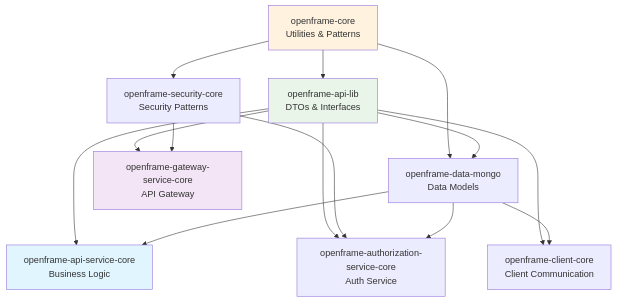
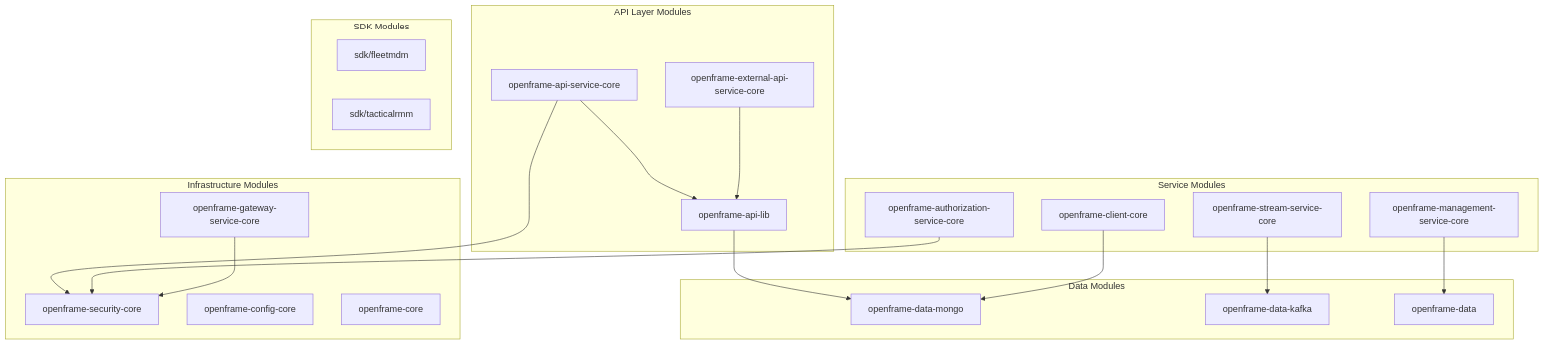
The second of 13 diagrams in docs/development/architecture/overview.md (flamingo-stack/openframe-oss-lib), drawn with Mermaid before and after one commit. The commit also changed other lines of this file and 130 other files, not shown here.

````diff
--- a/docs/development/architecture/overview.md
+++ b/docs/development/architecture/overview.md
@@ -173,35 +82,44 @@
 ```mermaid
-graph TD
-    Core["openframe-core<br/>Utilities & Patterns"]
+graph TB
+    subgraph "API Layer Modules"
+        API_LIB[openframe-api-lib]
+        API_SERVICE[openframe-api-service-core]
+        EXT_API[openframe-external-api-service-core]
+    end
     
-    ApiLib["openframe-api-lib<br/>DTOs & Interfaces"]
-    Security["openframe-security-core<br/>Security Patterns"]
-    DataMongo["openframe-data-mongo<br/>Data Models"]
+    subgraph "Service Modules"
+        AUTH_SERVICE[openframe-authorization-service-core]
+        CLIENT_SERVICE[openframe-client-core]
+        MGMT_SERVICE[openframe-management-service-core]
+        STREAM_SERVICE[openframe-stream-service-core]
+    end
     
-    ApiService["openframe-api-service-core<br/>Business Logic"]
-    Gateway["openframe-gateway-service-core<br/>API Gateway"]
-    AuthService["openframe-authorization-service-core<br/>Auth Service"]
-    ClientService["openframe-client-core<br/>Client Communication"]
+    subgraph "Data Modules"
+        DATA_MONGO[openframe-data-mongo]
+        DATA_KAFKA[openframe-data-kafka]
+        DATA_CORE[openframe-data]
+    end
     
-    Core --> ApiLib
-    Core --> Security
-    Core --> DataMongo
+    subgraph "Infrastructure Modules"
+        SECURITY[openframe-security-core]
+        GATEWAY[openframe-gateway-service-core]
+        CONFIG[openframe-config-core]
+        CORE[openframe-core]
+    end
     
-    ApiLib --> DataMongo
-    ApiLib --> ApiService
-    ApiLib --> Gateway
-    ApiLib --> AuthService
-    ApiLib --> ClientService
+    subgraph "SDK Modules"
+        SDK_FLEET[sdk/fleetmdm]
+        SDK_TACTICAL[sdk/tacticalrmm]
+    end
     
-    Security --> Gateway
-    Security --> AuthService
+    API_LIB --> DATA_MONGO
+    API_SERVICE --> API_LIB
+    API_SERVICE --> SECURITY
+    AUTH_SERVICE --> SECURITY
+    CLIENT_SERVICE --> DATA_MONGO
+    MGMT_SERVICE --> DATA_CORE
+    STREAM_SERVICE --> DATA_KAFKA
     
-    DataMongo --> ApiService
-    DataMongo --> AuthService
-    DataMongo --> ClientService
-    
-    style Core fill:#fff3e0
-    style ApiLib fill:#e8f5e8
-    style ApiService fill:#e1f5fe
-    style Gateway fill:#f3e5f5
+    GATEWAY --> SECURITY
+    EXT_API --> API_LIB
 ```
````
